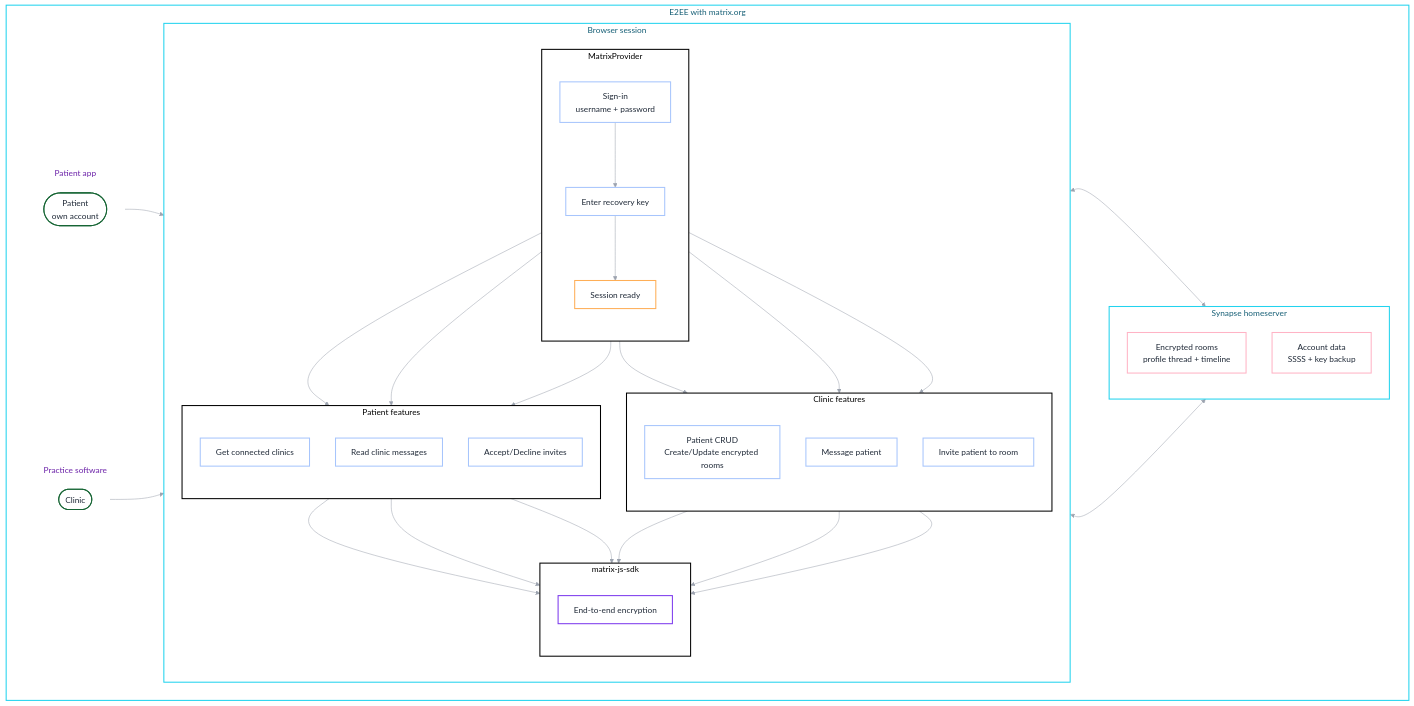
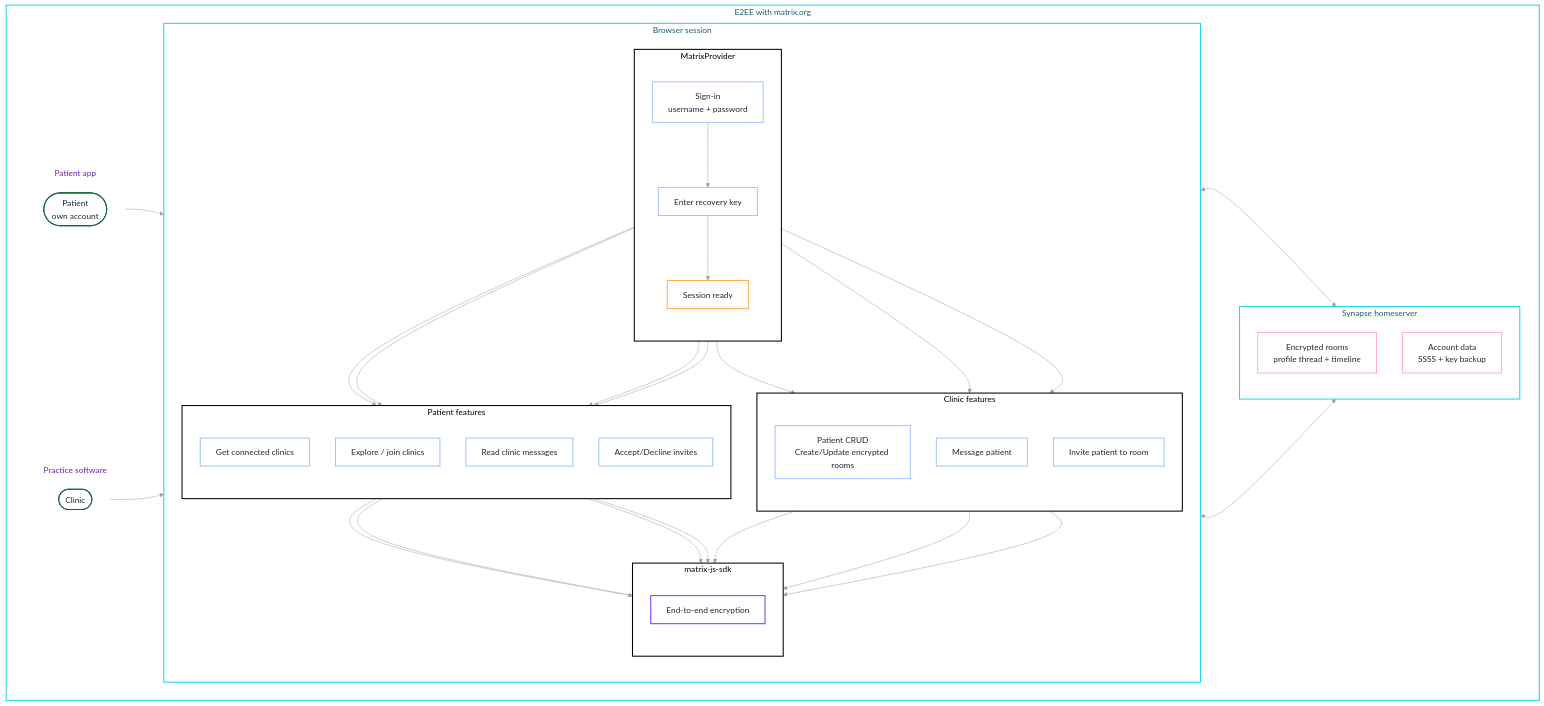
Before and after one commit to quochuydev/matrix-e2e-emr: the first of 5 diagrams in README.md, drawn with Mermaid. The commit also changed 1 other file, not shown here.

Commit message:
docs(diagrams): sync READMEs with joinClinic + image attachments
Add patient explore/join-clinics feature node and joinClinic to the
layer graph, plus an m.image encrypted-attachment node to the patient
room data model.

```diff
--- a/README.md
+++ b/README.md
@@ -50,6 +50,7 @@
             subgraph PatientFeatures["Patient features"]
                 direction TB
                 ViewHolders["Get connected clinics"]:::command
+                ExploreJoin["Explore / join clinics"]:::command
                 ReadMsg["Read clinic messages"]:::command
                 RespondInvite["Accept/Decline invites"]:::command
             end
@@ -68,12 +69,14 @@
     Ready --> ClinicMsg
     Ready --> SendInvite
     Ready --> ViewHolders
+    Ready --> ExploreJoin
     Ready --> ReadMsg
     Ready --> RespondInvite
     PatientCRUD --> Crypto
     ClinicMsg --> Crypto
     SendInvite --> Crypto
     ViewHolders --> Crypto
+    ExploreJoin --> Crypto
     ReadMsg --> Crypto
     RespondInvite --> Crypto
     Crypto <--> Rooms
```
